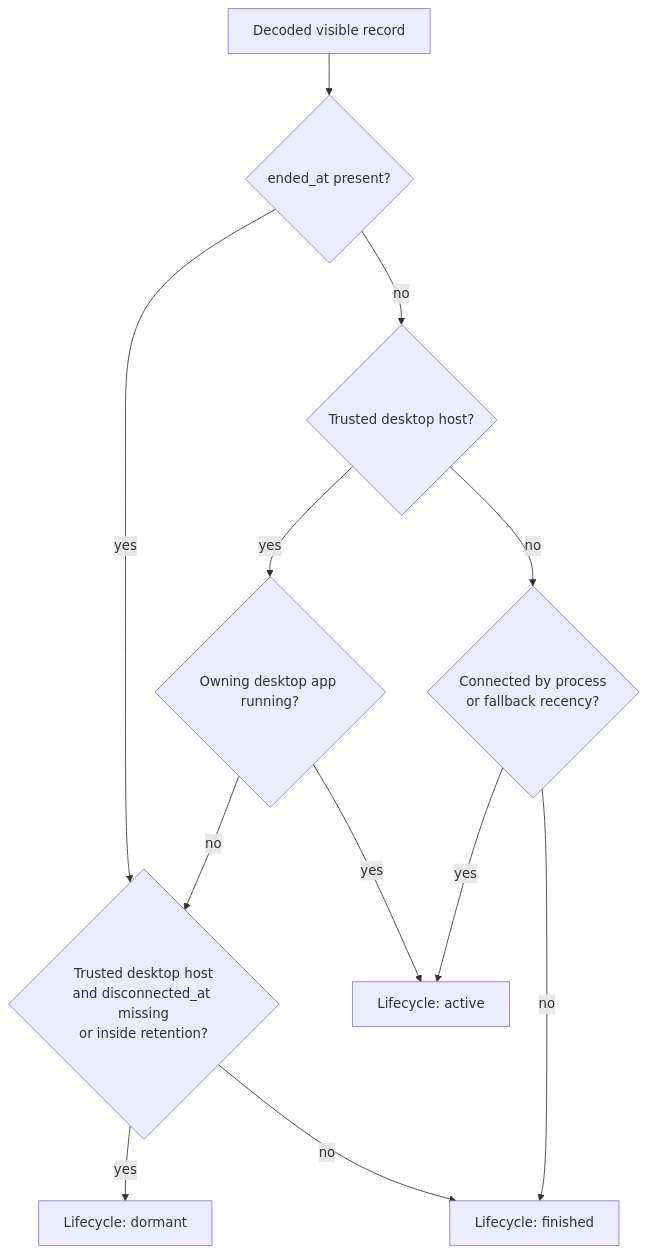
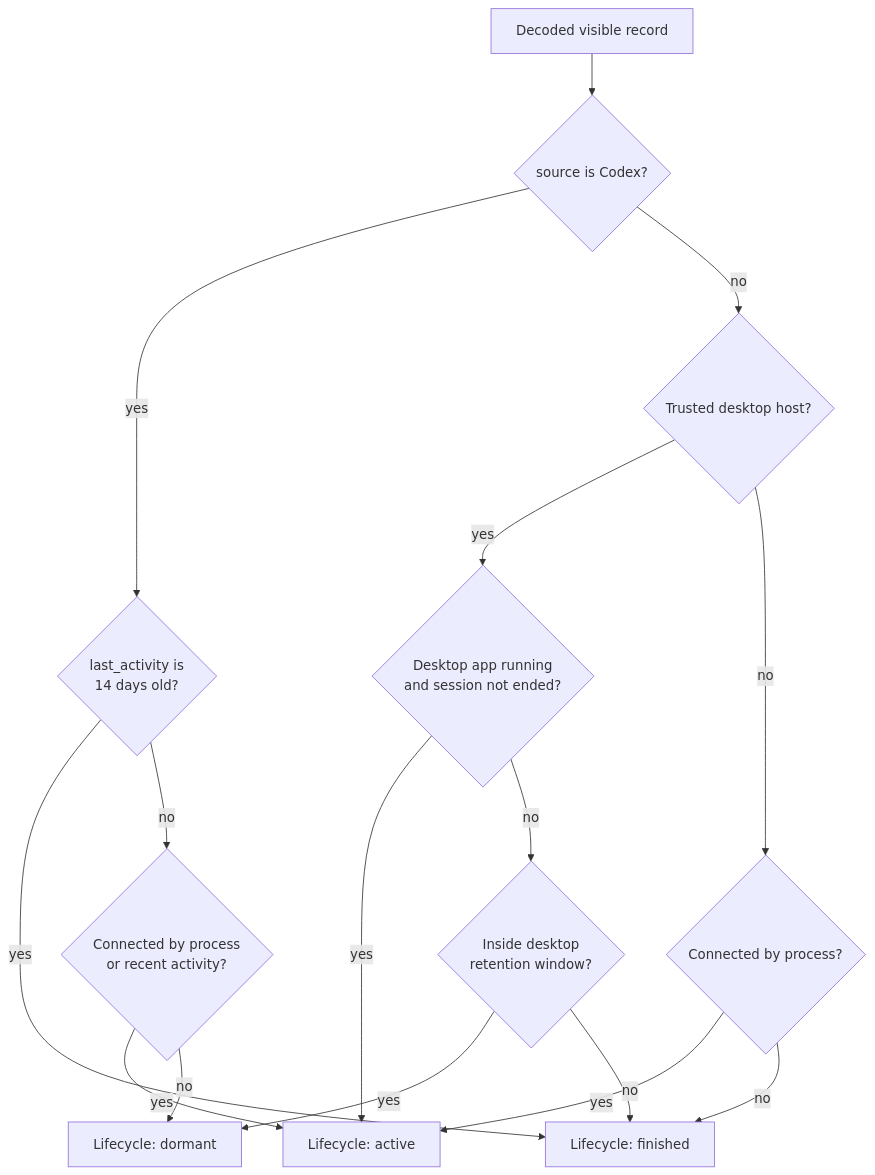
The second of 3 diagrams in docs/session-lifecycle.md (st0012/cctop), drawn with Mermaid before and after one commit. The commit also changed other lines of this file and 1 other file, not shown here.

Commit message:
Document unified Codex session lifecycle

````diff
--- a/docs/session-lifecycle.md
+++ b/docs/session-lifecycle.md
@@ -39,17 +41,21 @@
 ```mermaid
 flowchart TD
-    A["Decoded visible record"] --> B{"ended_at present?"}
+    A["Decoded visible record"] --> B{"source is Codex?"}
 
-    B -->|yes| E{"Trusted desktop host<br/>and disconnected_at missing<br/>or inside retention?"}
-    B -->|no| C{"Trusted desktop host?"}
+    B -->|yes| C{"last_activity is<br/>14 days old?"}
+    C -->|yes| J["Lifecycle: finished"]
+    C -->|no| D{"Connected by process<br/>or recent activity?"}
+    D -->|yes| I["Lifecycle: active"]
+    D -->|no| H["Lifecycle: dormant"]
 
-    C -->|yes| D{"Owning desktop app running?"}
-    D -->|yes| I["Lifecycle: active"]
-    D -->|no| E
-    E -->|yes| F["Lifecycle: dormant"]
-    E -->|no| G["Lifecycle: finished"]
+    B -->|no| E{"Trusted desktop host?"}
+    E -->|yes| F{"Desktop app running<br/>and session not ended?"}
+    F -->|yes| I
+    F -->|no| G{"Inside desktop<br/>retention window?"}
+    G -->|yes| H
+    G -->|no| J
 
-    C -->|no| H{"Connected by process<br/>or fallback recency?"}
-    H -->|yes| I["Lifecycle: active"]
-    H -->|no| G
+    E -->|no| K{"Connected by process?"}
+    K -->|yes| I
+    K -->|no| J
 ```
````
